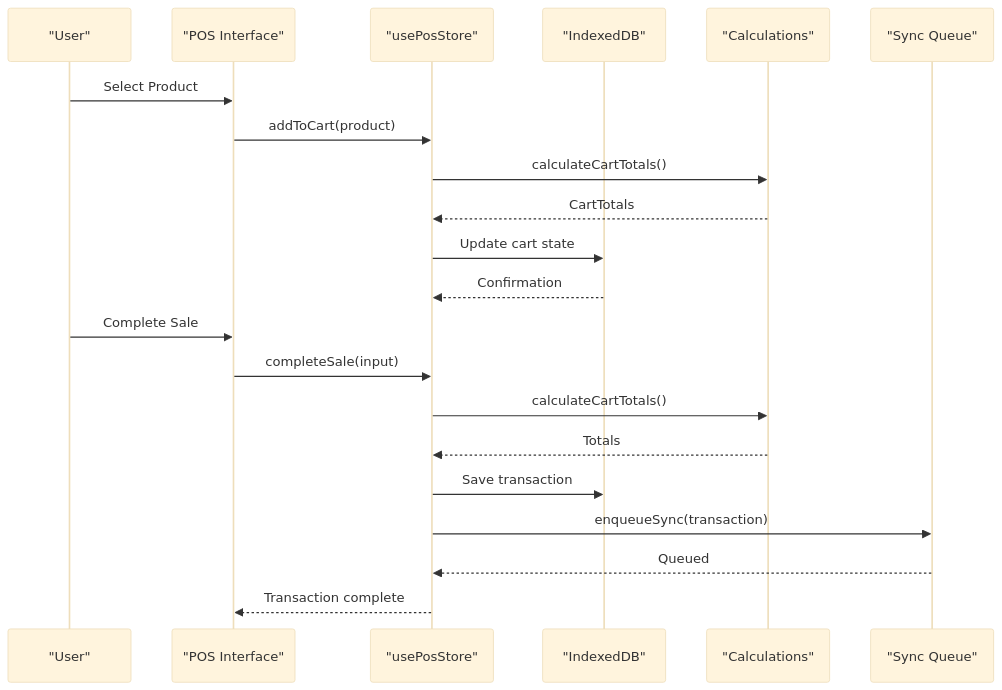
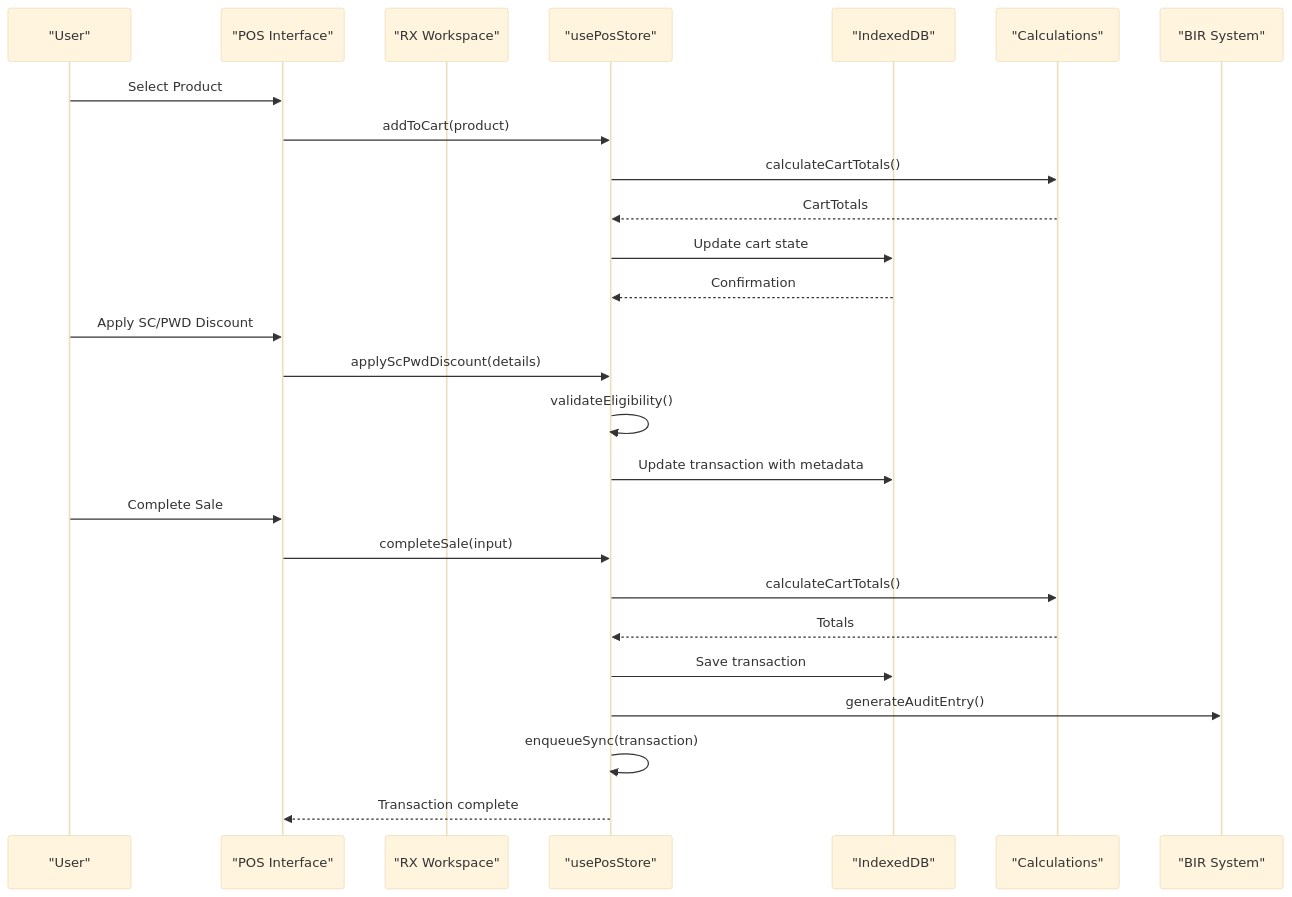
Before and after one commit to yosefdc7/PharmaPOS: the fourth of 6 diagrams in .qoder/repowiki/en/content/Frontend Interface/Next.js Web POS Prototype.md, drawn with Mermaid (base theme). The commit also changed other lines of this file and 11 other files, not shown here.

````diff
--- a/.qoder/repowiki/en/content/Frontend Interface/Next.js Web POS Prototype.md
+++ b/.qoder/repowiki/en/content/Frontend Interface/Next.js Web POS Prototype.md
@@ -245,23 +385,28 @@
 ```mermaid
 sequenceDiagram
 participant User as "User"
 participant POS as "POS Interface"
+participant RX as "RX Workspace"
 participant Store as "usePosStore"
 participant DB as "IndexedDB"
 participant Calc as "Calculations"
-participant Sync as "Sync Queue"
+participant Compliance as "BIR System"
 User->>POS : Select Product
 POS->>Store : addToCart(product)
 Store->>Calc : calculateCartTotals()
 Calc-->>Store : CartTotals
 Store->>DB : Update cart state
 DB-->>Store : Confirmation
+User->>POS : Apply SC/PWD Discount
+POS->>Store : applyScPwdDiscount(details)
+Store->>Store : validateEligibility()
+Store->>DB : Update transaction with metadata
 User->>POS : Complete Sale
 POS->>Store : completeSale(input)
 Store->>Calc : calculateCartTotals()
 Calc-->>Store : Totals
 Store->>DB : Save transaction
-Store->>Sync : enqueueSync(transaction)
-Sync-->>Store : Queued
+Store->>Compliance : generateAuditEntry()
+Store->>Store : enqueueSync(transaction)
 Store-->>POS : Transaction complete
 ```
````
